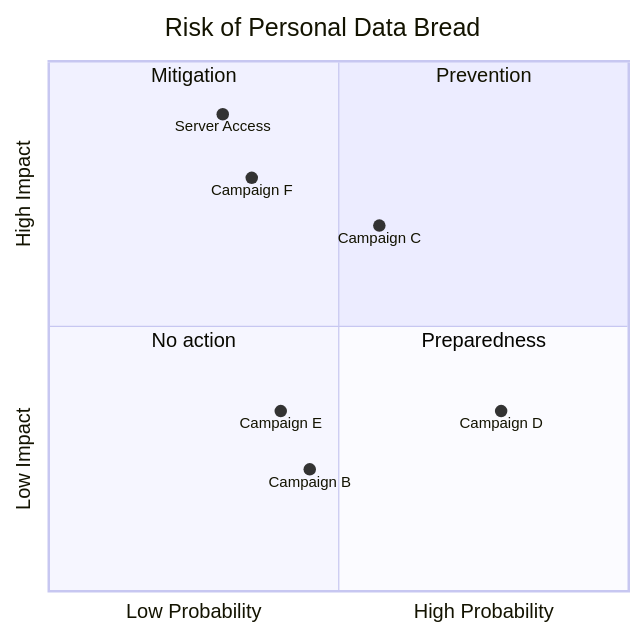
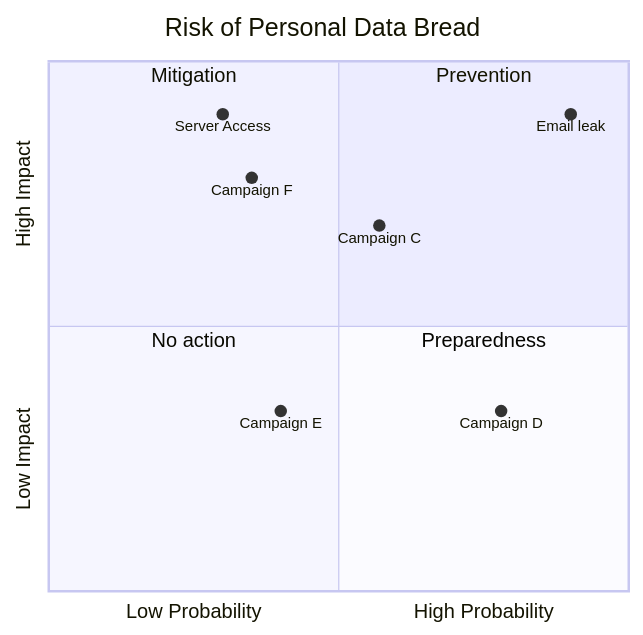
Before and after one commit to Kietpawpan/pdpa: the fourth of 4 diagrams in README.md, drawn with Mermaid.

````diff
--- a/README.md
+++ b/README.md
@@ -87,16 +87,16 @@
 ```mermaid
 quadrantChart
     title Risk of Personal Data Bread
     x-axis Low Probability --> High Probability
     y-axis Low Impact --> High Impact
     quadrant-1 Prevention
     quadrant-2 Mitigation
     quadrant-3 No action
     quadrant-4 Preparedness 
-	Server Access: [0.3, 0.90]
-    Campaign B: [0.45, 0.23]
+	Server Access: [0.3, 0.9]
+    	Email leak: [0.9, 0.9]
     Campaign C: [0.57, 0.69]
     Campaign D: [0.78, 0.34]
     Campaign E: [0.40, 0.34]
     Campaign F: [0.35, 0.78]
 ```
````
